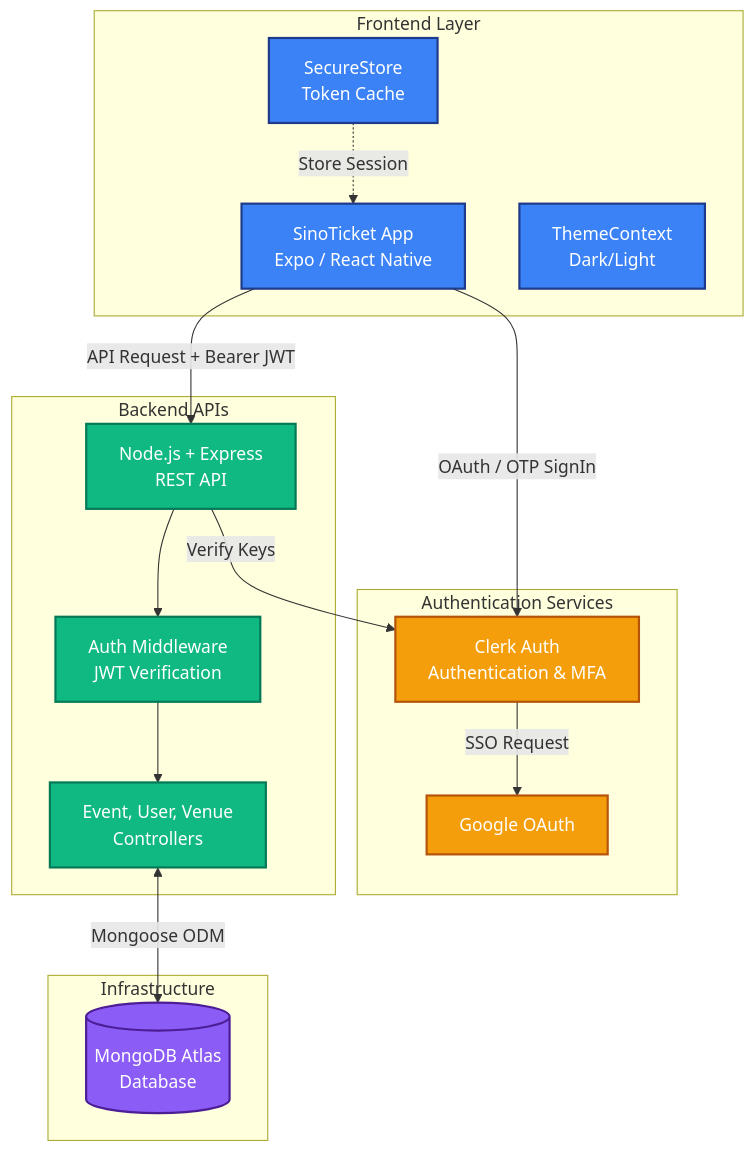
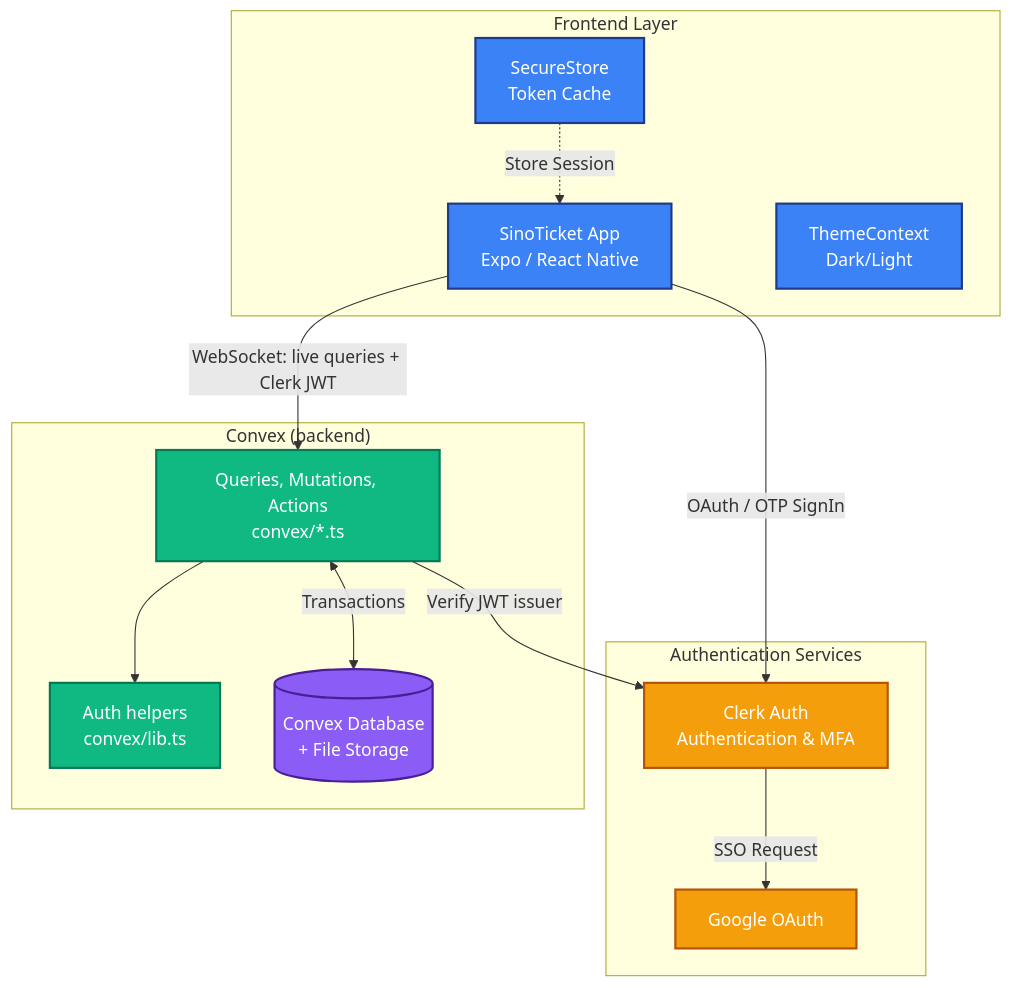
Before and after one commit to sidicksino/SinoTicket: the first of 3 diagrams in ARCHITECTURE.md, drawn with Mermaid. The commit also changed other lines of this file and 59 other files, not shown here.

Commit message:
migrated backend from Node/Express/MongoDB to Convex and Clerk integration

````diff
--- a/ARCHITECTURE.md
+++ b/ARCHITECTURE.md
@@ -53,37 +53,32 @@
 ```mermaid
 graph TD
     classDef frontend fill:#3b82f6,stroke:#1e3a8a,stroke-width:2px,color:#fff
     classDef auth fill:#f59e0b,stroke:#b45309,stroke-width:2px,color:#fff
     classDef backend fill:#10b981,stroke:#047857,stroke-width:2px,color:#fff
     classDef db fill:#8b5cf6,stroke:#4c1d95,stroke-width:2px,color:#fff
 
     subgraph "Frontend Layer"
         A[SinoTicket App<br/>Expo / React Native]:::frontend
         Theme[ThemeContext<br/>Dark/Light]:::frontend
         Cache[SecureStore<br/>Token Cache]:::frontend
     end
 
     subgraph "Authentication Services"
         C[Clerk Auth<br/>Authentication & MFA]:::auth
         G[Google OAuth]:::auth
     end
 
-    subgraph "Backend APIs"
-        B[Node.js + Express<br/>REST API]:::backend
-        MW[Auth Middleware<br/>JWT Verification]:::backend
-        Ctrl[Event, User, Venue<br/>Controllers]:::backend
-    end
-
-    subgraph "Infrastructure"
-        DB[(MongoDB Atlas<br/>Database)]:::db
+    subgraph "Convex (backend)"
+        B[Queries, Mutations, Actions<br/>convex/*.ts]:::backend
+        MW[Auth helpers<br/>convex/lib.ts]:::backend
+        DB[(Convex Database<br/>+ File Storage)]:::db
     end
 
     A -->|OAuth / OTP SignIn| C
     C -->|SSO Request| G
-    A -->|API Request + Bearer JWT| B
-    B -->|Verify Keys| C
+    A -->|WebSocket: live queries + Clerk JWT| B
+    B -->|Verify JWT issuer| C
     B --> MW
-    MW --> Ctrl
-    Ctrl <-->|Mongoose ODM| DB
+    B <-->|Transactions| DB
     Cache -.->|Store Session| A
 ```
````
